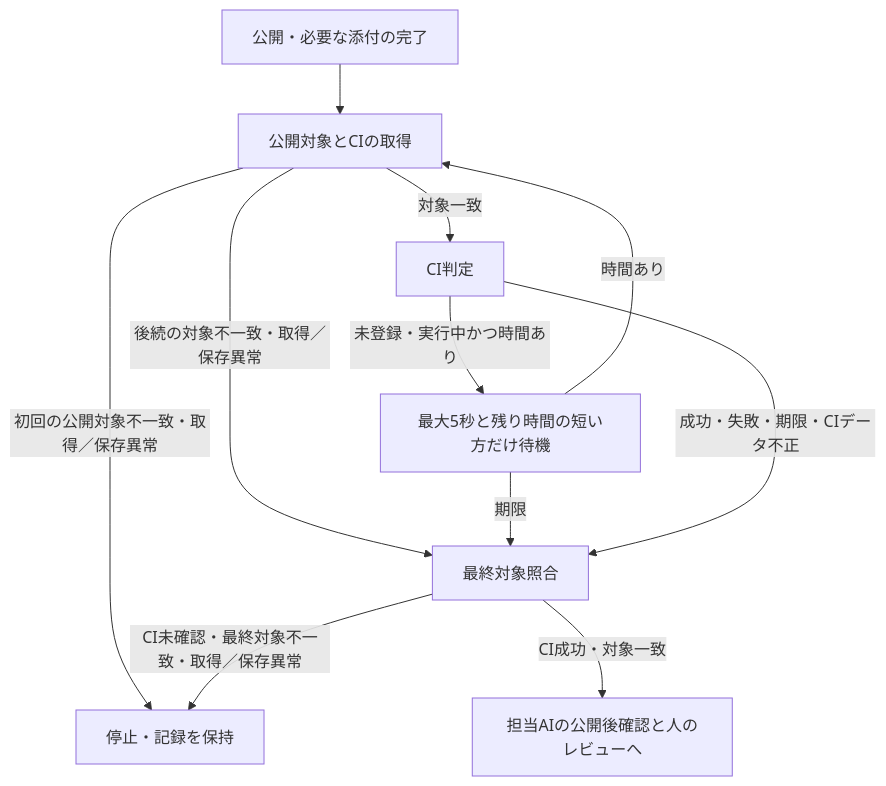
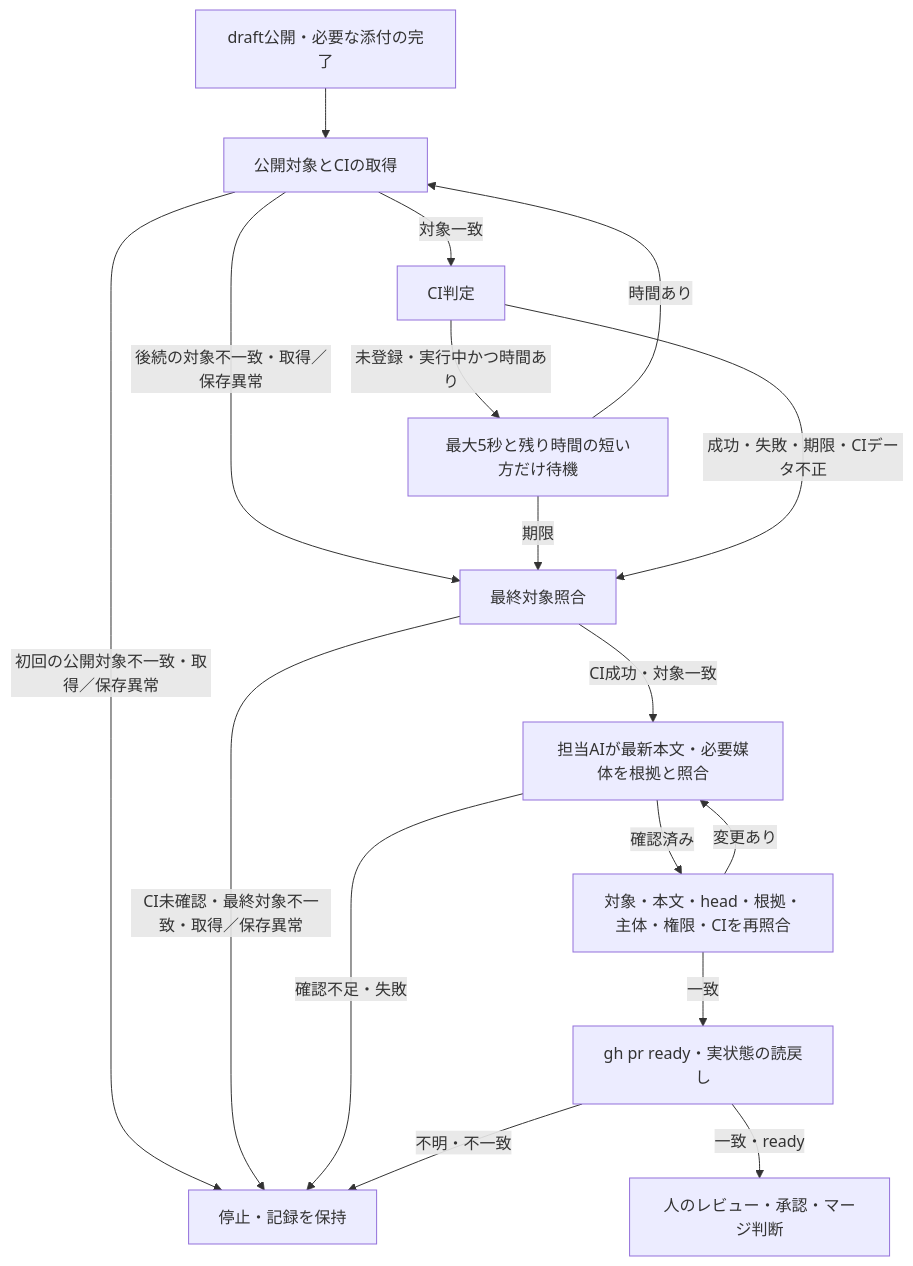
One commit to thkt/dotagents changed the diagram in scripts/README.md. Above: the diagram before and after it, drawn with Mermaid. The commit also changed other lines of this file and 12 other files, not shown here.

````diff
--- a/scripts/README.md
+++ b/scripts/README.md
@@ -439,13 +441,19 @@
 ```mermaid
 flowchart TD
-  A[公開・必要な添付の完了] --> P22[公開対象とCIの取得]
+  A[draft公開・必要な添付の完了] --> P22[公開対象とCIの取得]
   P22 -->|初回の公開対象不一致・取得／保存異常| S[停止・記録を保持]
   P22 -->|対象一致| P24[CI判定]
   P22 -->|後続の対象不一致・取得／保存異常| P25[最終対象照合]
   P24 -->|未登録・実行中かつ時間あり| W[最大5秒と残り時間の短い方だけ待機]
   W -->|時間あり| P22
   W -->|期限| P25
   P24 -->|成功・失敗・期限・CIデータ不正| P25
   P25 -->|CI未確認・最終対象不一致・取得／保存異常| S
-  P25 -->|CI成功・対象一致| H[担当AIの公開後確認と人のレビューへ]
+  P25 -->|CI成功・対象一致| U01[担当AIが最新本文・必要媒体を根拠と照合]
+  U01 -->|確認不足・失敗| S
+  U01 -->|確認済み| R[対象・本文・head・根拠・主体・権限・CIを再照合]
+  R -->|変更あり| U01
+  R -->|一致| D[gh pr ready・実状態の読戻し]
+  D -->|不明・不一致| S
+  D -->|一致・ready| H[人のレビュー・承認・マージ判断]
 ```
````
